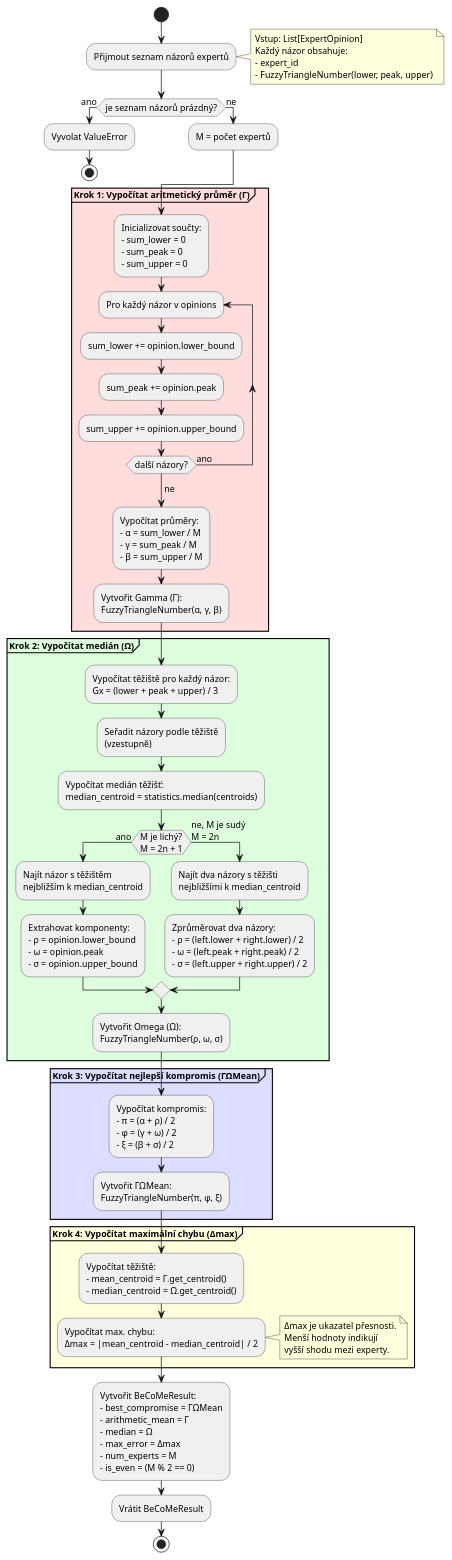
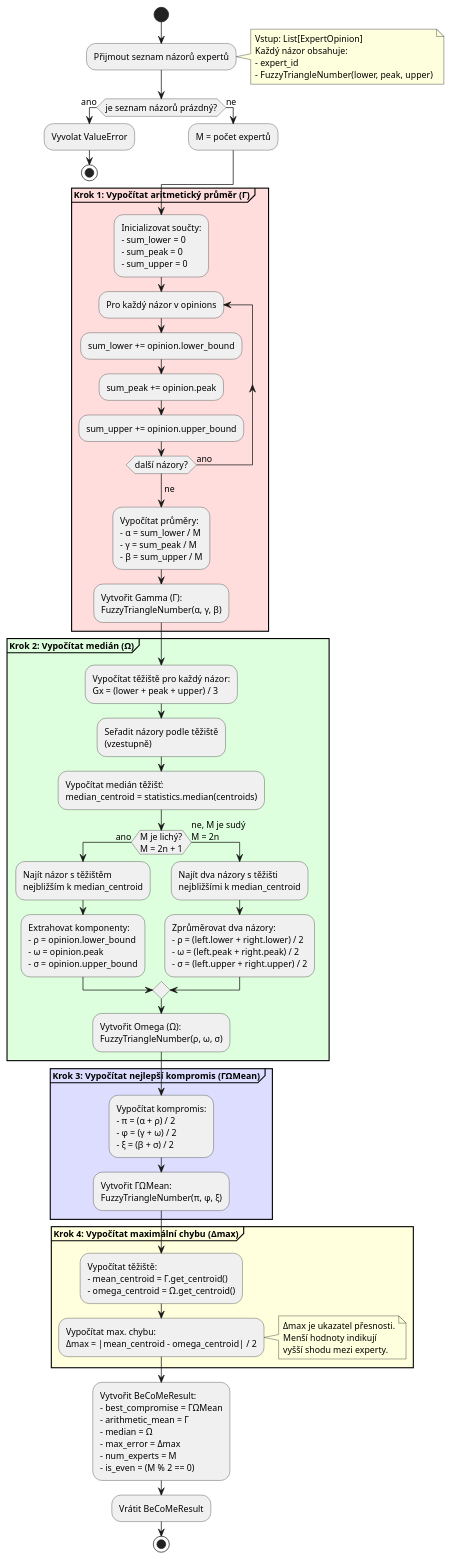
The diagram in docs/uml-diagrams/cs/diagrams/puml/activity-diagram.puml (caitlon/BeCoMe), drawn with PlantUML before and after one commit. The commit also changed 4 other files, not shown here.

```diff
--- a/docs/uml-diagrams/cs/diagrams/puml/activity-diagram.puml
+++ b/docs/uml-diagrams/cs/diagrams/puml/activity-diagram.puml
@@ -1,95 +1,95 @@
 @startuml BeCoMe-Activity-Diagram
 
 ' Style configuration
 skinparam backgroundColor #FFFFFF
 skinparam shadowing false
 skinparam defaultFontSize 12
 skinparam activityBorderColor #333333
 skinparam activityBackgroundColor #F0F0F0
 
 start
 
 :Přijmout seznam názorů expertů;
 note right
     Vstup: List[ExpertOpinion]
     Každý názor obsahuje:
     - expert_id
     - FuzzyTriangleNumber(lower, peak, upper)
 end note
 
 ' Validation
 if (je seznam názorů prázdný?) then (ano)
     :Vyvolat ValueError;
     stop
 else (ne)
     :M = počet expertů;
 endif
 
 ' === STEP 1: Arithmetic Mean ===
 partition "**Krok 1: Vypočítat aritmetický průměr (Γ)**" #FFDDDD {
     :Inicializovat součty:\n- sum_lower = 0\n- sum_peak = 0\n- sum_upper = 0;
 
     repeat :Pro každý názor v opinions;
         :sum_lower += opinion.lower_bound;
         :sum_peak += opinion.peak;
         :sum_upper += opinion.upper_bound;
     repeat while (další názory?) is (ano)
     ->ne;
 
     :Vypočítat průměry:\n- α = sum_lower / M\n- γ = sum_peak / M\n- β = sum_upper / M;
 
     :Vytvořit Gamma (Γ):\nFuzzyTriangleNumber(α, γ, β);
 }
 
 ' === STEP 2: Median ===
 partition "**Krok 2: Vypočítat medián (Ω)**" #DDFFDD {
     ' Sort by centroid
     :Vypočítat těžiště pro každý názor:\nGx = (lower + peak + upper) / 3;
 
     :Seřadit názory podle těžiště\n(vzestupně);
 
     :Vypočítat medián těžišť:\nmedian_centroid = statistics.median(centroids);
 
     ' Check if odd or even
     if (M je lichý?\nM = 2n + 1) then (ano)
         :Najít názor s těžištěm\nnejbližším k median_centroid;
 
         :Extrahovat komponenty:\n- ρ = opinion.lower_bound\n- ω = opinion.peak\n- σ = opinion.upper_bound;
 
     else (ne, M je sudý\nM = 2n)
         :Najít dva názory s těžišti\nnejbližšími k median_centroid;
 
         :Zprůměrovat dva názory:\n- ρ = (left.lower + right.lower) / 2\n- ω = (left.peak + right.peak) / 2\n- σ = (left.upper + right.upper) / 2;
     endif
 
     :Vytvořit Omega (Ω):\nFuzzyTriangleNumber(ρ, ω, σ);
 }
 
 ' === STEP 3: Best Compromise ===
 partition "**Krok 3: Vypočítat nejlepší kompromis (ΓΩMean)**" #DDDDFF {
     :Vypočítat kompromis:\n- π = (α + ρ) / 2\n- φ = (γ + ω) / 2\n- ξ = (β + σ) / 2;
 
     :Vytvořit ΓΩMean:\nFuzzyTriangleNumber(π, φ, ξ);
 }
 
 ' === STEP 4: Maximum Error ===
 partition "**Krok 4: Vypočítat maximální chybu (Δmax)**" #FFFFDD {
-    :Vypočítat těžiště:\n- mean_centroid = Γ.get_centroid()\n- median_centroid = Ω.get_centroid();
+    :Vypočítat těžiště:\n- mean_centroid = Γ.get_centroid()\n- omega_centroid = Ω.get_centroid();
 
-    :Vypočítat max. chybu:\nΔmax = |mean_centroid - median_centroid| / 2;
+    :Vypočítat max. chybu:\nΔmax = |mean_centroid - omega_centroid| / 2;
 
     note right
         Δmax je ukazatel přesnosti.
         Menší hodnoty indikují
         vyšší shodu mezi experty.
     end note
 }
 
 ' === STEP 5: Create Result ===
 :Vytvořit BeCoMeResult:\n- best_compromise = ΓΩMean\n- arithmetic_mean = Γ\n- median = Ω\n- max_error = Δmax\n- num_experts = M\n- is_even = (M % 2 == 0);
 
 :Vrátit BeCoMeResult;
 
 stop
 
 @enduml
```
